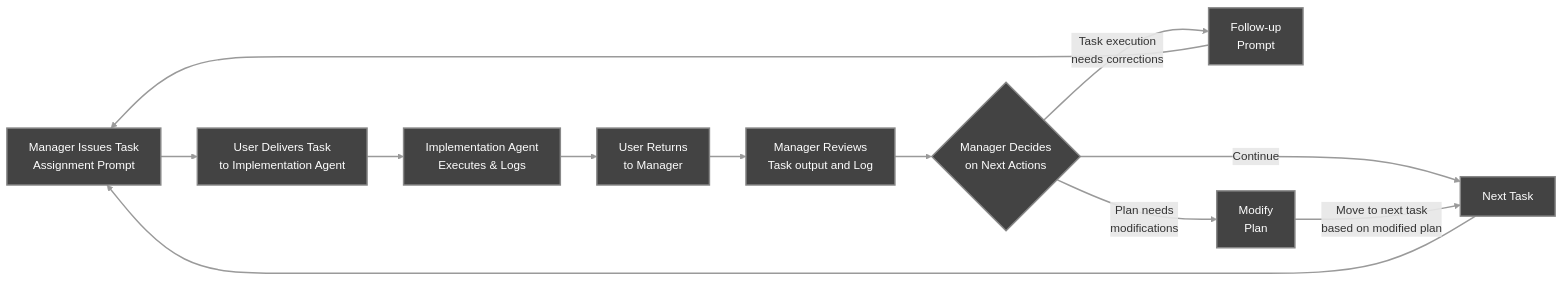
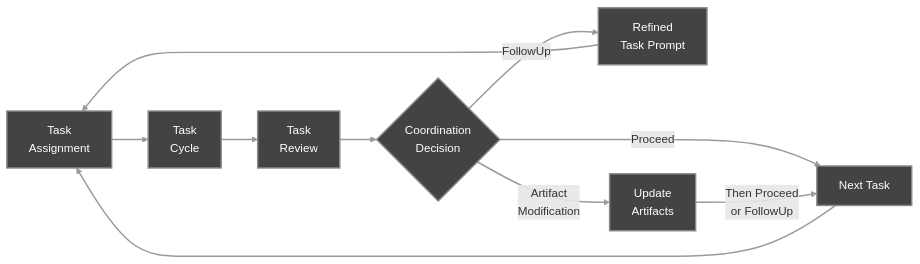
The second of 3 diagrams in docs/Workflow_Overview.md (sdi2200262/agentic-project-management), drawn with Mermaid before and after one commit. The commit also changed other lines of this file and 5 other files, not shown here.

````diff
--- a/docs/Workflow_Overview.md
+++ b/docs/Workflow_Overview.md
@@ -76,17 +83,15 @@
 ```mermaid
 graph LR
-    A[Manager Issues Task<br/>Assignment Prompt] --> B[User Delivers Task<br/>to Implementation Agent]
-    B --> C[Implementation Agent<br/>Executes & Logs]
-    C --> D[User Returns<br/>to Manager]
-    D --> E[Manager Reviews<br/>Task output and Log]
-    E --> F{Manager Decides<br/>on Next Actions}
-    F -->|Continue| G[Next Task]
-    F -->|Task execution<br/>needs corrections| H[Follow-up<br/>Prompt]
-    F -->|Plan needs<br/>modifications| I[Modify<br/>Plan]
-    G --> A
-    H --> A
-    I -->|Move to next task<br/>based on modified plan| G
-    
+    A[Task<br/>Assignment] --> B[Task<br/>Cycle]
+    B --> C[Task<br/>Review]
+    C --> D{Coordination<br/>Decision}
+    D -->|Proceed| E[Next Task]
+    D -->|FollowUp| F[Refined<br/>Task Prompt]
+    D -->|Artifact<br/>Modification| G[Update<br/>Artifacts]
+    E --> A
+    F --> A
+    G -->|Then Proceed<br/>or FollowUp| E
+
     classDef default fill:#434343,stroke:#888888,stroke-width:2px,color:#ffffff
     linkStyle default stroke:#9A9A9A,stroke-width:2px
 ```
````
